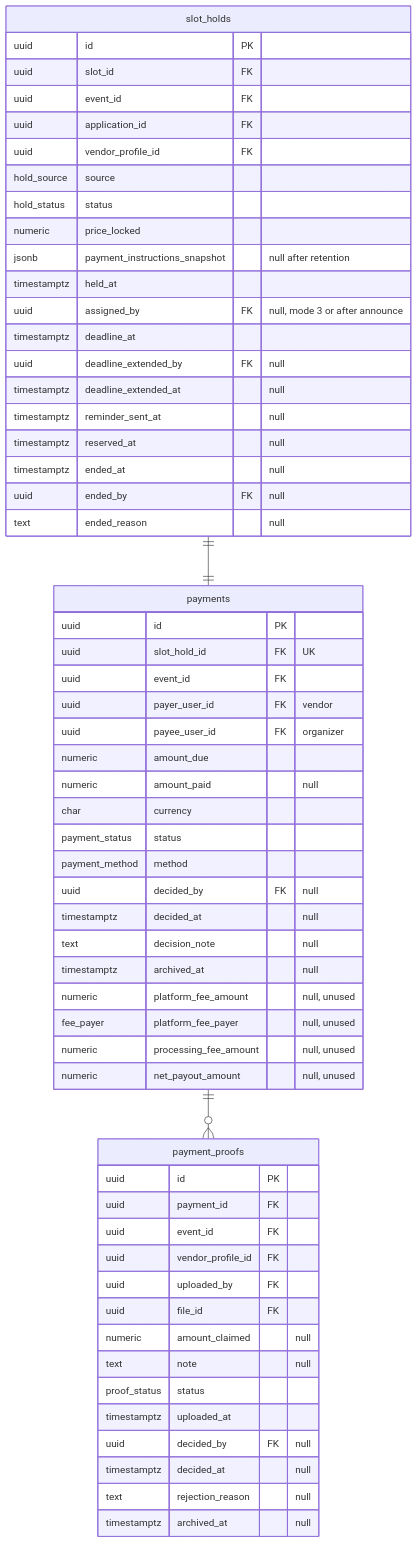
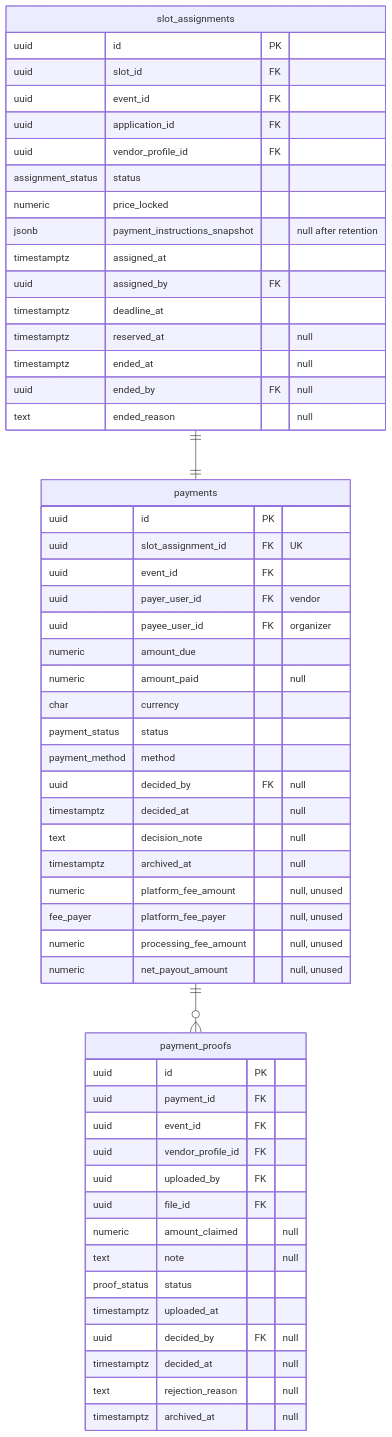
The sixth of 6 diagrams in docs/data-model.md (Aycees/Creavent), drawn with Mermaid before and after one commit. The commit also changed other lines of this file and 9 other files, not shown here.

````diff
--- a/docs/data-model.md
+++ b/docs/data-model.md
@@ -677,62 +546,58 @@
 ```mermaid
 erDiagram
-    slot_holds {
+    slot_assignments {
         uuid id PK
         uuid slot_id FK
         uuid event_id FK
         uuid application_id FK
         uuid vendor_profile_id FK
-        hold_source source
-        hold_status status
+        assignment_status status
         numeric price_locked
         jsonb payment_instructions_snapshot "null after retention"
-        timestamptz held_at
-        uuid assigned_by FK "null, mode 3 or after announce"
+        timestamptz assigned_at
+        uuid assigned_by FK
         timestamptz deadline_at
-        uuid deadline_extended_by FK "null"
-        timestamptz deadline_extended_at "null"
-        timestamptz reminder_sent_at "null"
         timestamptz reserved_at "null"
         timestamptz ended_at "null"
         uuid ended_by FK "null"
         text ended_reason "null"
     }
     payments {
         uuid id PK
-        uuid slot_hold_id FK "UK"
+        uuid slot_assignment_id FK "UK"
         uuid event_id FK
         uuid payer_user_id FK "vendor"
         uuid payee_user_id FK "organizer"
         numeric amount_due
         numeric amount_paid "null"
         char currency
         payment_status status
         payment_method method
         uuid decided_by FK "null"
         timestamptz decided_at "null"
         text decision_note "null"
         timestamptz archived_at "null"
         numeric platform_fee_amount "null, unused"
         fee_payer platform_fee_payer "null, unused"
         numeric processing_fee_amount "null, unused"
         numeric net_payout_amount "null, unused"
     }
     payment_proofs {
         uuid id PK
         uuid payment_id FK
         uuid event_id FK
         uuid vendor_profile_id FK
         uuid uploaded_by FK
         uuid file_id FK
         numeric amount_claimed "null"
         text note "null"
         proof_status status
         timestamptz uploaded_at
         uuid decided_by FK "null"
         timestamptz decided_at "null"
         text rejection_reason "null"
         timestamptz archived_at "null"
     }
-    slot_holds ||--|| payments : ""
+    slot_assignments ||--|| payments : ""
     payments ||--o{ payment_proofs : ""
 ```
````
